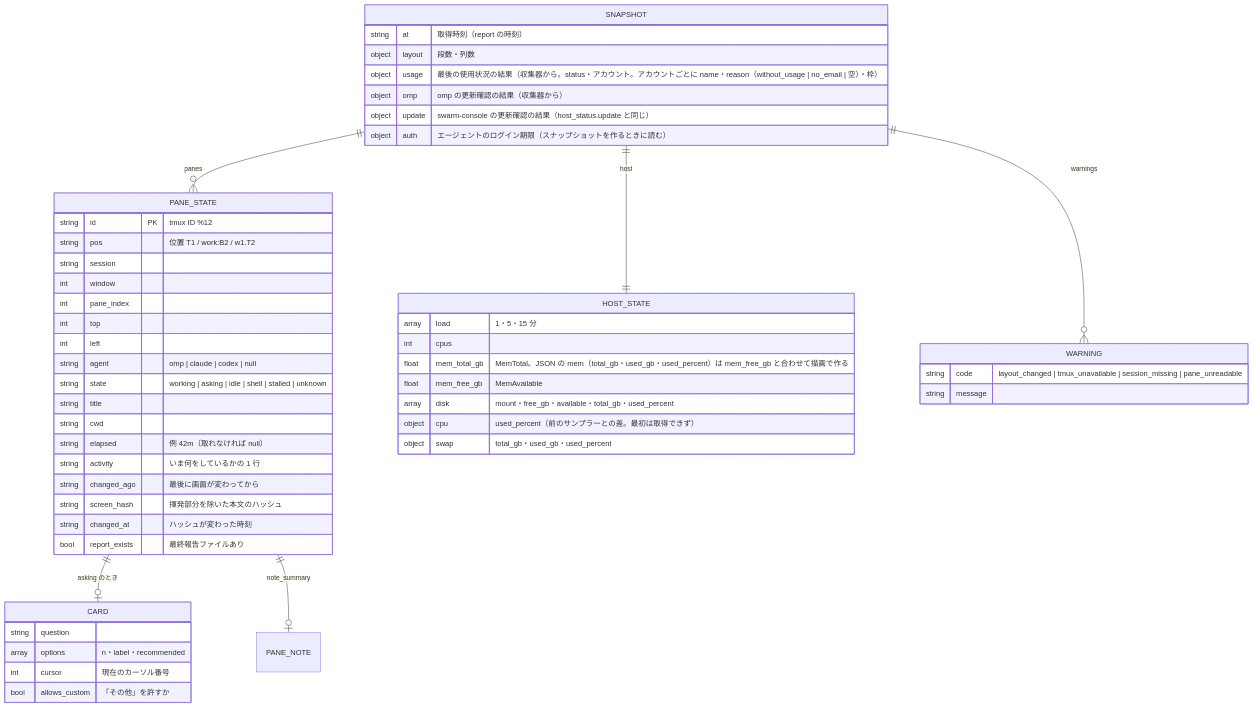
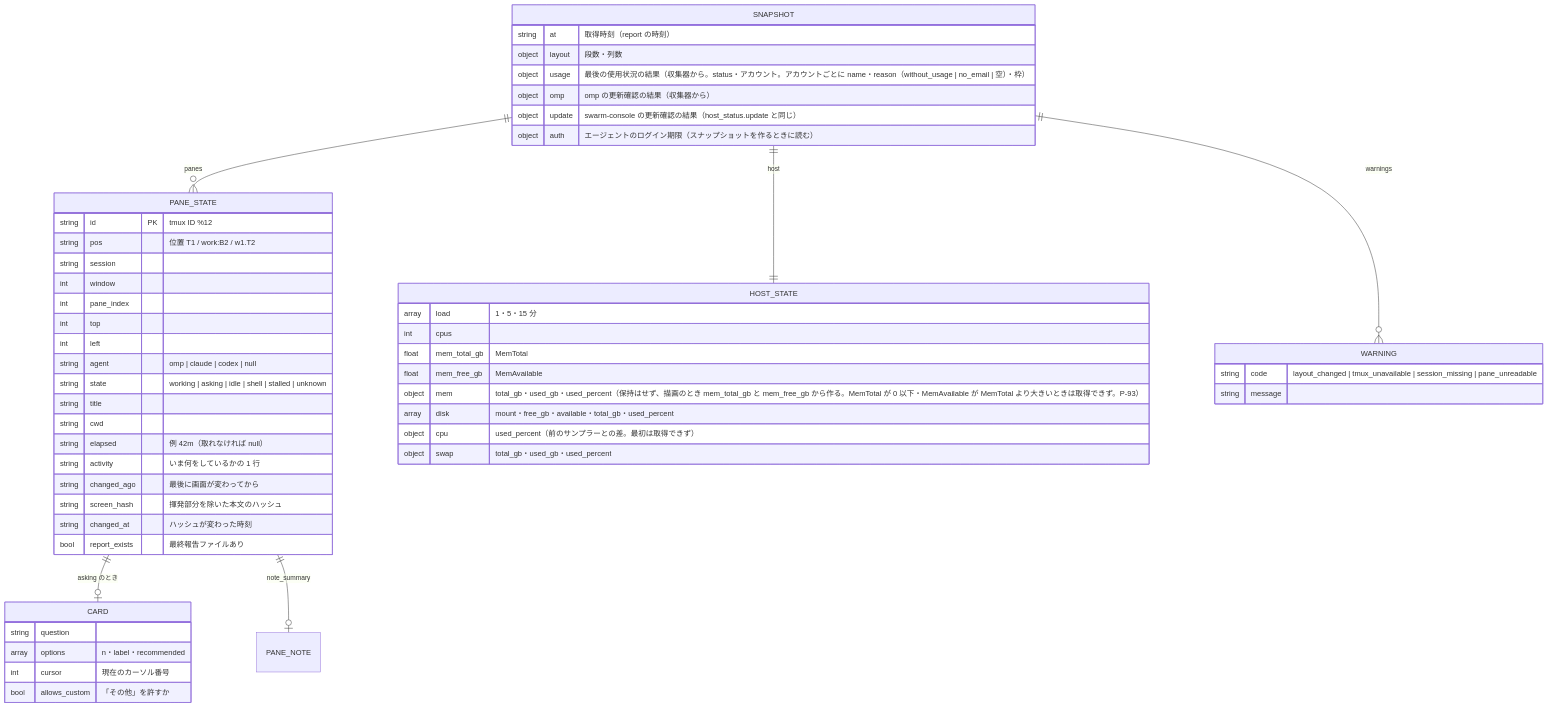
One commit to ousiassllc/swarm-console changed the second of 2 diagrams in docs/architecture/er-runtime.md. Above: the diagram before and after it, drawn with Mermaid. The commit also changed 21 other files, not shown here.

````diff
--- a/docs/architecture/er-runtime.md
+++ b/docs/architecture/er-runtime.md
@@ -57,55 +57,56 @@
 ```mermaid
 erDiagram
     SNAPSHOT ||--o{ PANE_STATE : "panes"
     SNAPSHOT ||--|| HOST_STATE : "host"
     SNAPSHOT ||--o{ WARNING : "warnings"
     PANE_STATE ||--o| CARD : "asking のとき"
     PANE_STATE ||--o| PANE_NOTE : "note_summary"
 
     SNAPSHOT {
         string at "取得時刻（report の時刻）"
         object layout "段数・列数"
         object usage "最後の使用状況の結果（収集器から。status・アカウント。アカウントごとに name・reason（without_usage | no_email | 空）・枠）"
         object omp "omp の更新確認の結果（収集器から）"
         object update "swarm-console の更新確認の結果（host_status.update と同じ）"
         object auth "エージェントのログイン期限（スナップショットを作るときに読む）"
     }
     PANE_STATE {
         string id PK "tmux ID %12"
         string pos "位置 T1 / work:B2 / w1.T2"
         string session
         int window
         int pane_index
         int top
         int left
         string agent "omp | claude | codex | null"
         string state "working | asking | idle | shell | stalled | unknown"
         string title
         string cwd
         string elapsed "例 42m（取れなければ null）"
         string activity "いま何をしているかの 1 行"
         string changed_ago "最後に画面が変わってから"
         string screen_hash "揮発部分を除いた本文のハッシュ"
         string changed_at "ハッシュが変わった時刻"
         bool report_exists "最終報告ファイルあり"
     }
     CARD {
         string question
         array options "n・label・recommended"
         int cursor "現在のカーソル番号"
         bool allows_custom "「その他」を許すか"
     }
     HOST_STATE {
         array load "1・5・15 分"
         int cpus
-        float mem_total_gb "MemTotal。JSON の mem（total_gb・used_gb・used_percent）は mem_free_gb と合わせて描画で作る"
+        float mem_total_gb "MemTotal"
         float mem_free_gb "MemAvailable"
+        object mem "total_gb・used_gb・used_percent（保持はせず、描画のとき mem_total_gb と mem_free_gb から作る。MemTotal が 0 以下・MemAvailable が MemTotal より大きいときは取得できず。P-93）"
         array disk "mount・free_gb・available・total_gb・used_percent"
         object cpu "used_percent（前のサンプラーとの差。最初は取得できず）"
         object swap "total_gb・used_gb・used_percent"
     }
     WARNING {
         string code "layout_changed | tmux_unavailable | session_missing | pane_unreadable"
         string message
     }
 ```
````
